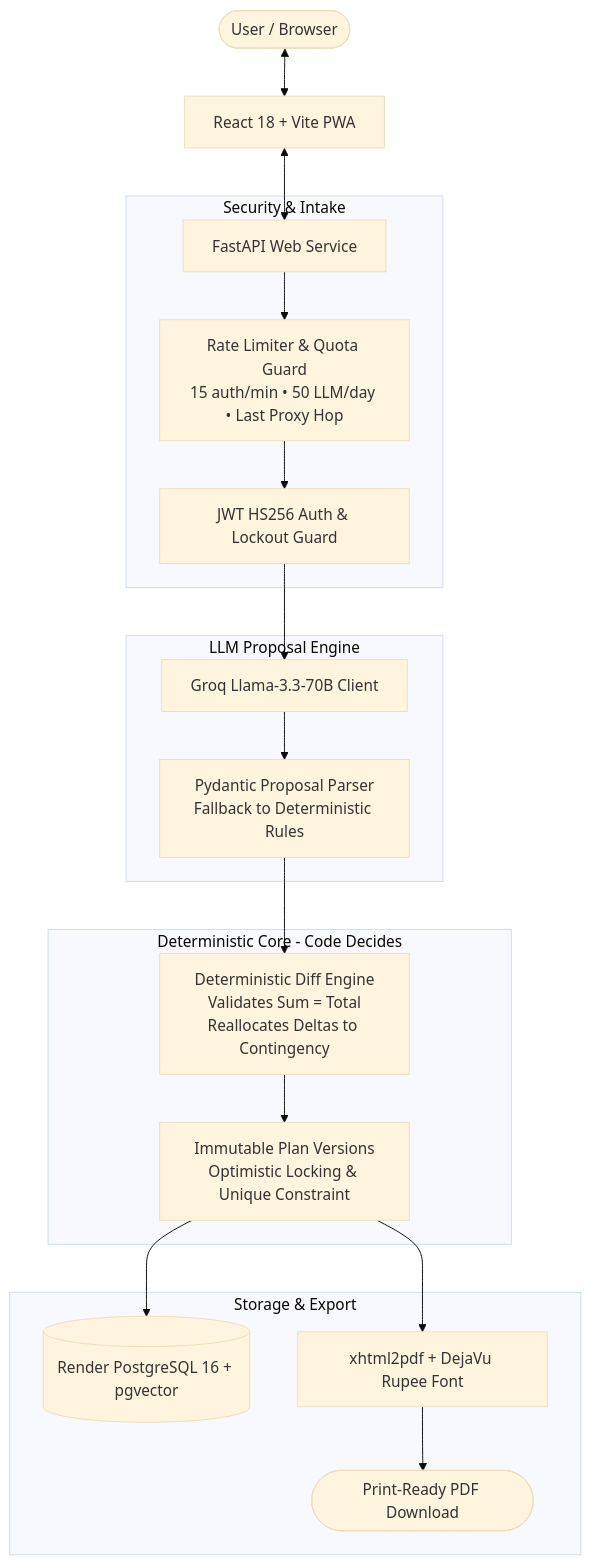
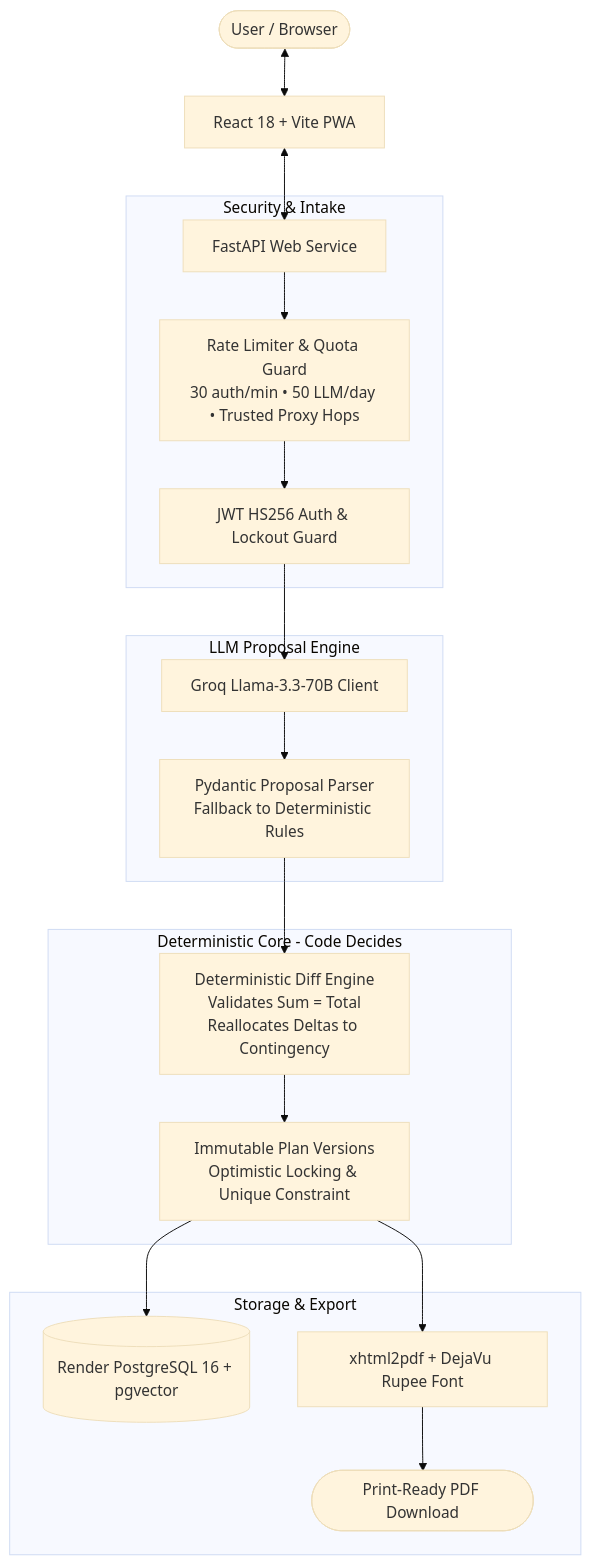
Before and after one commit to 11DDBOY11/Festiva: the diagram in README.md, drawn with Mermaid (base theme). The commit also changed other lines of this file and 11 other files, not shown here.

Commit message:
fix(hardening): trusted proxy hops, 429 UI feedback, security headers checker, and deploy docs

````diff
--- a/README.md
+++ b/README.md
@@ -34,26 +34,26 @@
 ```mermaid
 flowchart TD
     User([User / Browser]) <--> Frontend[React 18 + Vite PWA]
     Frontend <--> API[FastAPI Web Service]
 
     subgraph Security & Intake
-        API --> RateLimiter[Rate Limiter & Quota Guard\n15 auth/min • 50 LLM/day • Last Proxy Hop]
+        API --> RateLimiter[Rate Limiter & Quota Guard\n30 auth/min • 50 LLM/day • Trusted Proxy Hops]
         RateLimiter --> Auth[JWT HS256 Auth & Lockout Guard]
     end
 
     subgraph LLM Proposal Engine
         Auth --> LLM[Groq Llama-3.3-70B Client]
         LLM --> Parser[Pydantic Proposal Parser\nFallback to Deterministic Rules]
     end
 
     subgraph Deterministic Core - Code Decides
         Parser --> DiffEngine[Deterministic Diff Engine\nValidates Sum = Total\nReallocates Deltas to Contingency]
         DiffEngine --> VersionControl[Immutable Plan Versions\nOptimistic Locking & Unique Constraint]
     end
 
     subgraph Storage & Export
         VersionControl --> DB[(Render PostgreSQL 16 + pgvector)]
         VersionControl --> PDFGen[xhtml2pdf + DejaVu Rupee Font]
         PDFGen --> ExportPDF([Print-Ready PDF Download])
     end
 ```
````
